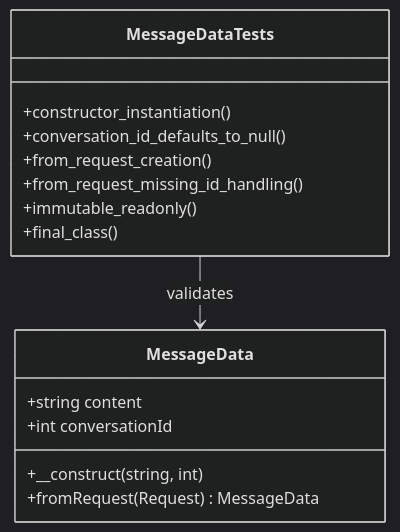
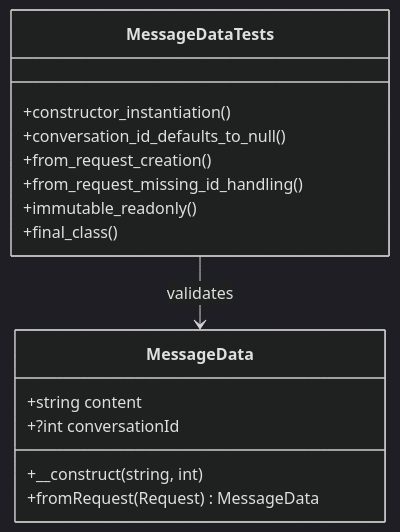
The fifth of 12 diagrams in .qoder/repowiki/en/content/Data Transfer Objects Specification.md (siimliimand/laravel-assistant), drawn with Mermaid (dark theme) before and after one commit. The commit also changed other lines of this file and 8 other files, not shown here.

First line of the commit message:
docs(actions): add PrepareChatViewAction and update architecture docs

````diff
--- a/.qoder/repowiki/en/content/Data Transfer Objects Specification.md
+++ b/.qoder/repowiki/en/content/Data Transfer Objects Specification.md
@@ -223,18 +250,18 @@
 ```mermaid
 classDiagram
 class MessageData {
 +string content
-+int conversationId
++?int conversationId
 +__construct(string, int)
 +fromRequest(Request) MessageData
 }
 class MessageDataTests {
 +constructor_instantiation()
 +conversation_id_defaults_to_null()
 +from_request_creation()
 +from_request_missing_id_handling()
 +immutable_readonly()
 +final_class()
 }
 MessageDataTests --> MessageData : validates
 ```
````
